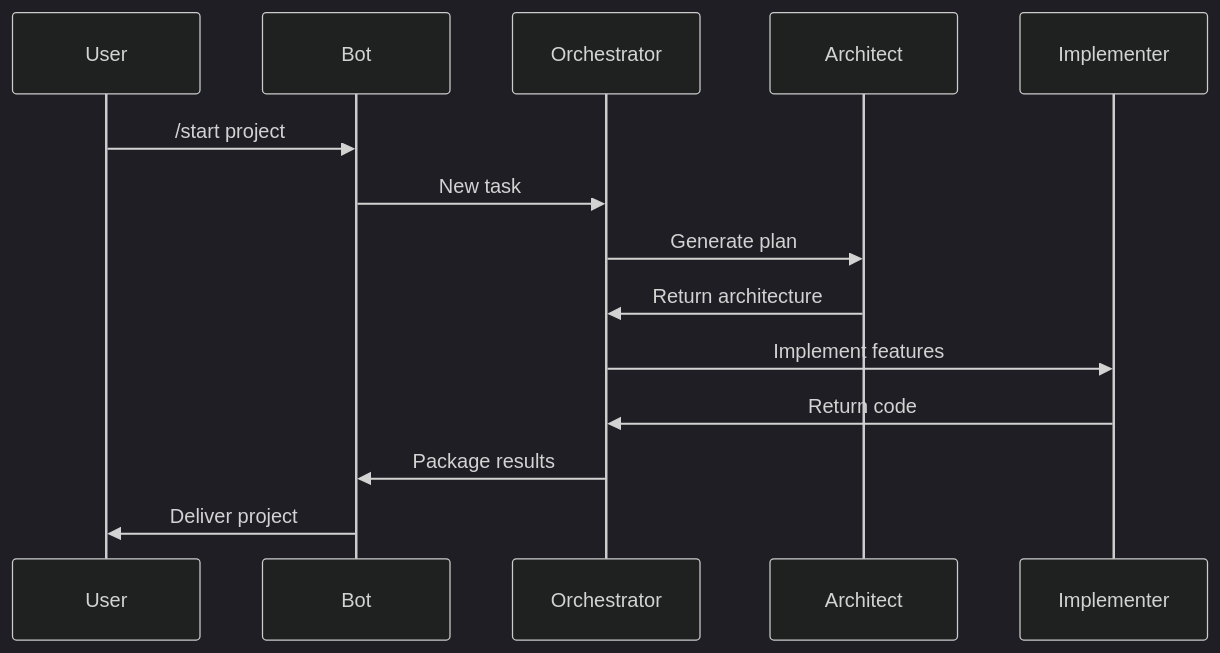
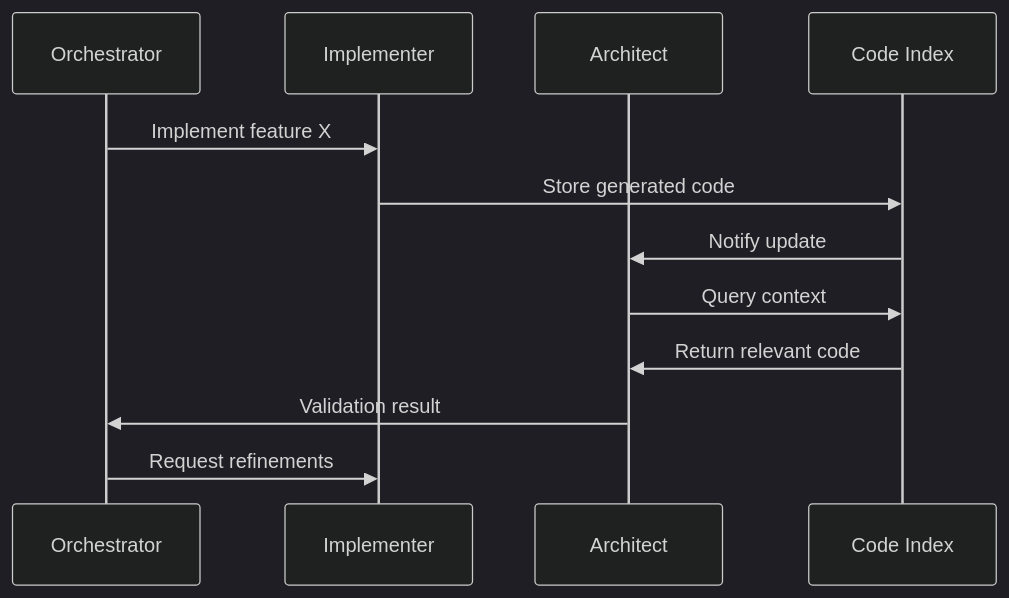
Before and after one commit to NikKowPHP/telegram-darvin: the diagram in documentation/ddd.md, drawn with Mermaid (dark theme). The commit also changed other lines of this file and 1 other file, not shown here.

````diff
--- a/documentation/ddd.md
+++ b/documentation/ddd.md
@@ -46,17 +20,15 @@
 ```mermaid
 sequenceDiagram
-    participant U as User
-    participant B as Bot
     participant O as Orchestrator
+    participant I as Implementer
     participant A as Architect
-    participant I as Implementer
+    participant C as Code Index
     
-    U->>B: /start project
-    B->>O: New task
-    O->>A: Generate plan
-    A->>O: Return architecture
-    O->>I: Implement features
-    I->>O: Return code
-    O->>B: Package results
-    B->>U: Deliver project
+    O->>I: Implement feature X
+    I->>C: Store generated code
+    C->>A: Notify update
+    A->>C: Query context
+    C->>A: Return relevant code
+    A->>O: Validation result
+    O->>I: Request refinements
 ```
````
